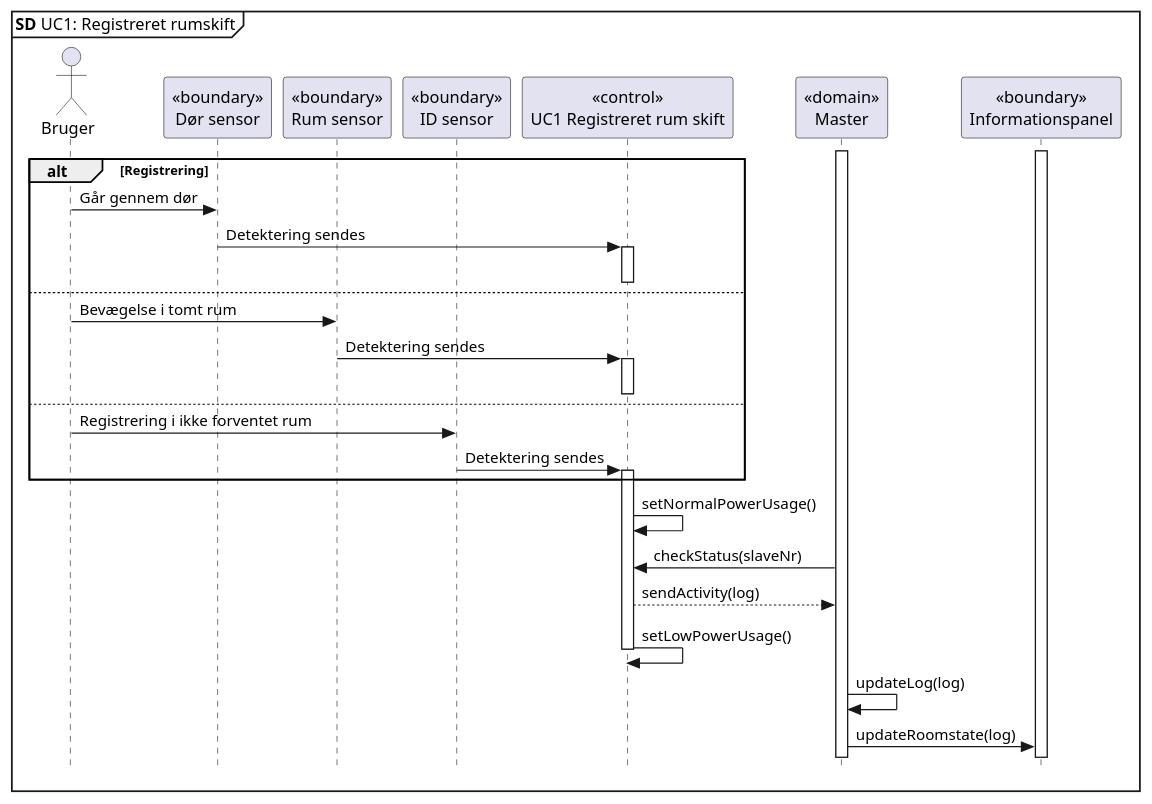
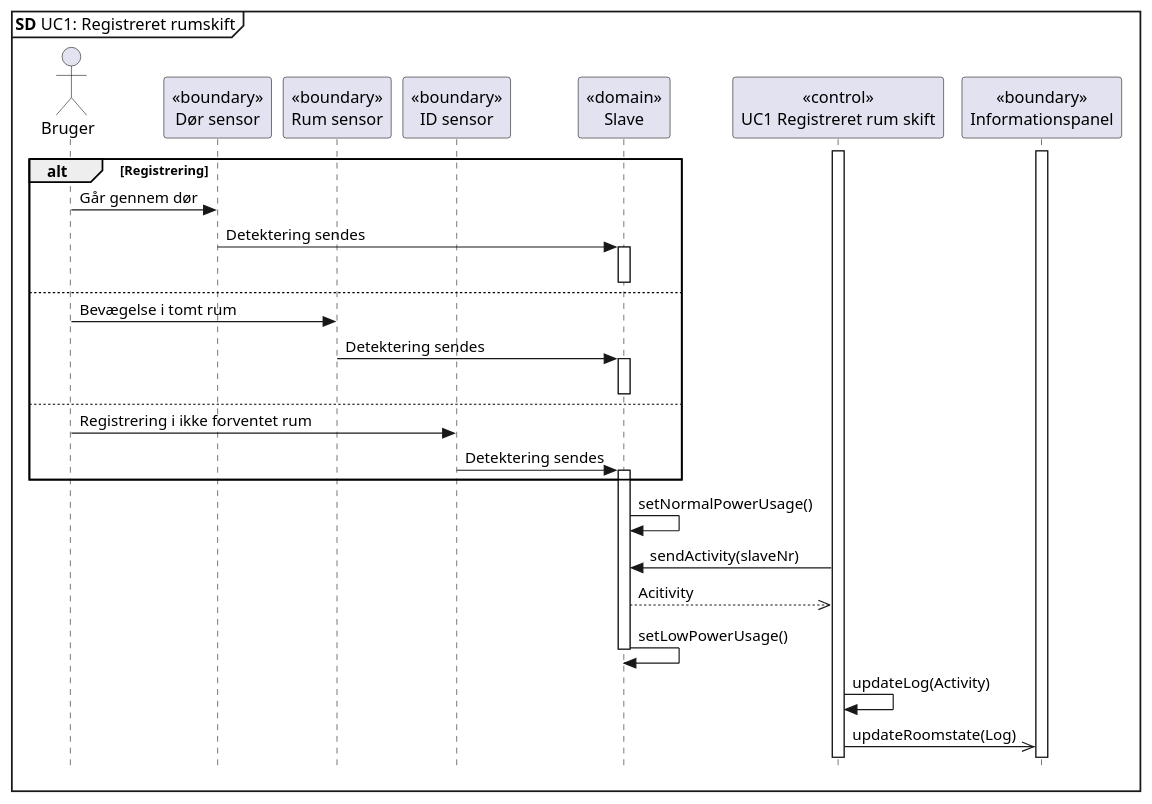
Before and after one commit to Tukkel/Projekt_2: the diagram in SysML/UC1 SD.puml, drawn with PlantUML.

Commit message:
Changed the arrows and methods

```diff
--- a/SysML/UC1 SD.puml
+++ b/SysML/UC1 SD.puml
@@ -1,38 +1,38 @@
 @startuml UC1 SD
 skinparam style strictuml
 
 mainframe **SD** UC1: Registreret rumskift
 
 actor       Bruger      as bruger
 participant "<<boundary>>\nDør sensor" as dør
 participant "<<boundary>>\nRum sensor" as rum
 participant "<<boundary>>\nID sensor" as ID
-participant "<<control>>\nUC1 Registreret rum skift" as slave
-participant "<<domain>>\nMaster" as master
+participant "<<domain>>\nSlave" as slave
+participant "<<control>>\nUC1 Registreret rum skift" as master
 participant "<<boundary>>\nInformationspanel" as panel
 
 activate master
 activate panel
 alt Registrering
 bruger -> dør : Går gennem dør
 dør -> slave : Detektering sendes
 activate slave
 else
 deactivate slave
 bruger -> rum : Bevægelse i tomt rum
 rum -> slave : Detektering sendes
 activate slave
 else
 deactivate slave
 bruger -> ID : Registrering i ikke forventet rum
 ID -> slave : Detektering sendes
 activate slave
 end
 slave -> slave : setNormalPowerUsage()
-master -> slave : checkStatus(slaveNr)
-slave --> master : sendActivity(log)
+master -> slave : sendActivity(slaveNr)
+slave -->> master : Acitivity
 slave -> slave : setLowPowerUsage()
 deactivate slave
-master -> master : updateLog(log)
-master -> panel : updateRoomstate(log)
+master -> master : updateLog(Activity)
+master ->> panel : updateRoomstate(Log)
 @enduml
```
